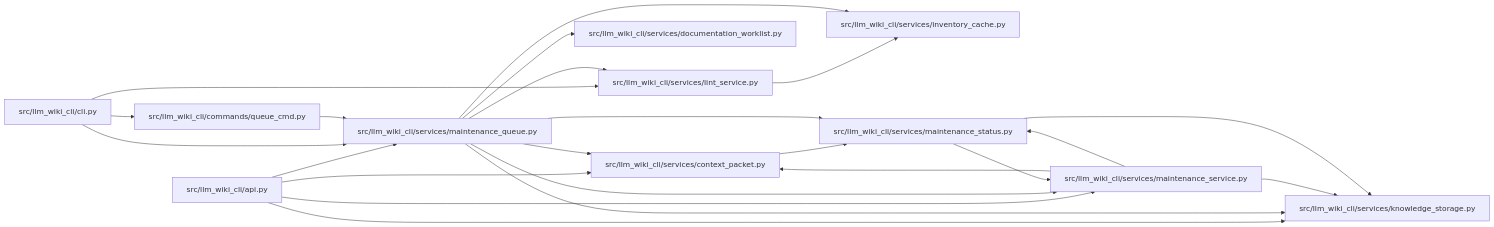
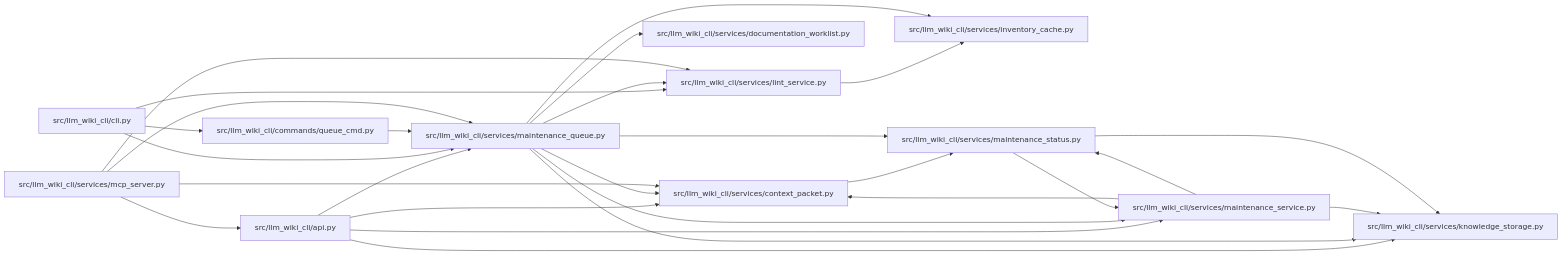
One commit to Denissvgn/python-wiki-llm changed the diagram in docs/llm_wiki/modules/maintenance_queue.md. Above: the diagram before and after it, drawn with Mermaid. The commit also changed other lines of this file and 631 other files, not shown here.

````diff
--- a/docs/llm_wiki/modules/maintenance_queue.md
+++ b/docs/llm_wiki/modules/maintenance_queue.md
@@ -42,47 +42,53 @@
 ```mermaid
 flowchart LR
     n0["src/llm_wiki_cli/api.py"]
     n1["src/llm_wiki_cli/cli.py"]
     n2["src/llm_wiki_cli/commands/queue_cmd.py"]
     n3["src/llm_wiki_cli/services/context_packet.py"]
     n4["src/llm_wiki_cli/services/documentation_worklist.py"]
     n5["src/llm_wiki_cli/services/inventory_cache.py"]
     n6["src/llm_wiki_cli/services/knowledge_storage.py"]
     n7["src/llm_wiki_cli/services/lint_service.py"]
     n8["src/llm_wiki_cli/services/maintenance_queue.py"]
     n9["src/llm_wiki_cli/services/maintenance_service.py"]
     n10["src/llm_wiki_cli/services/maintenance_status.py"]
+    n11["src/llm_wiki_cli/services/mcp_server.py"]
     n0 --> n3
     n0 --> n6
     n0 --> n8
     n0 --> n9
     n1 --> n2
     n1 --> n7
     n1 --> n8
     n2 --> n8
     n3 --> n10
     n7 --> n5
     n8 --> n3
     n8 --> n4
     n8 --> n5
     n8 --> n6
     n8 --> n7
     n8 --> n9
     n8 --> n10
     n9 --> n3
     n9 --> n6
     n9 --> n10
     n10 --> n6
     n10 --> n9
+    n11 --> n0
+    n11 --> n3
+    n11 --> n7
+    n11 --> n8
     click n0 "../modules/api.md"
     click n1 "../modules/cli.md"
     click n2 "../modules/queue_cmd.md"
     click n3 "../modules/context_packet.md"
     click n4 "../modules/documentation_worklist.md"
     click n5 "../modules/inventory_cache.md"
     click n6 "../modules/knowledge_storage.md"
     click n7 "../modules/lint_service.md"
     click n8 "../modules/maintenance_queue.md"
     click n9 "../modules/maintenance_service.md"
     click n10 "../modules/maintenance_status.md"
+    click n11 "../modules/mcp_server.md"
 ```
````
